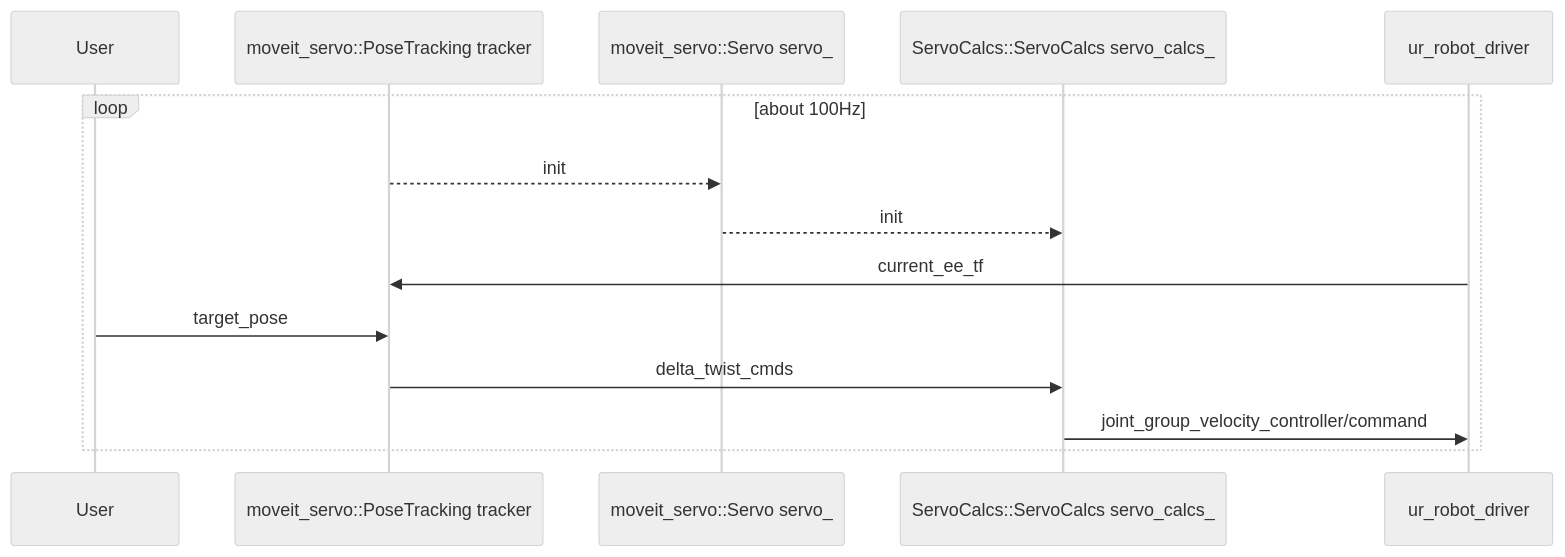
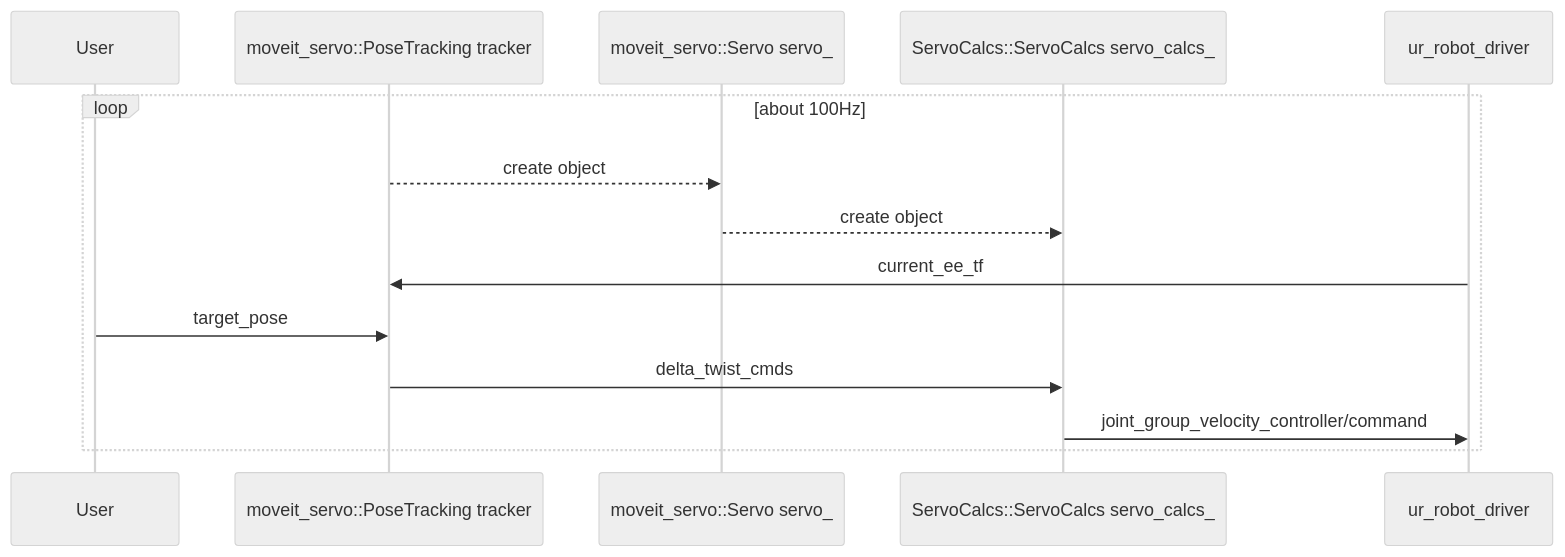
The first of 2 diagrams in docs/day3-4.md (kemjensak/isaac_sim_tutorial), drawn with Mermaid (neutral theme) before and after one commit. The commit also changed other lines of this file, not shown here.

````diff
--- a/docs/day3-4.md
+++ b/docs/day3-4.md
@@ -121,17 +121,17 @@
 ```mermaid 
 sequenceDiagram 
 	 participant user as User
 	 participant A as moveit_servo::PoseTracking tracker
 	 participant B as moveit_servo::Servo servo_ 
 	 participant C as ServoCalcs::ServoCalcs servo_calcs_  
 	 participant D as ur_robot_driver 
 	 loop about 100Hz
-	 A-->>B:init
-	 B-->>C:init
+	 A-->>B:create object
+	 B-->>C:create object
 	 D->>A: current_ee_tf
 	 user->>A: target_pose
 	 A->>C: delta_twist_cmds
 	 C->>D: joint_group_velocity_controller/command
 	 
 	 end
 ```
````
